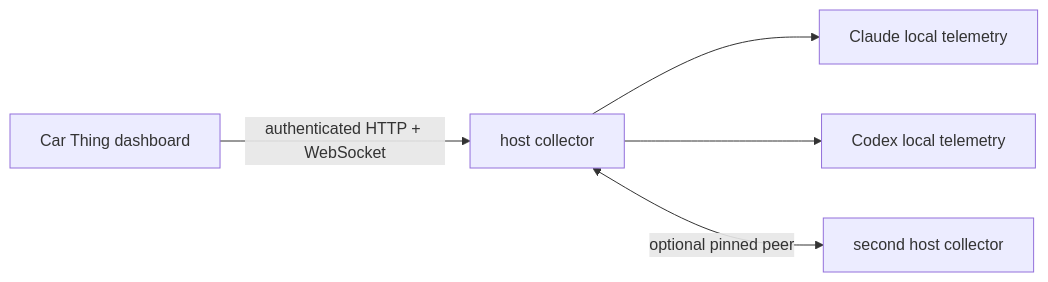
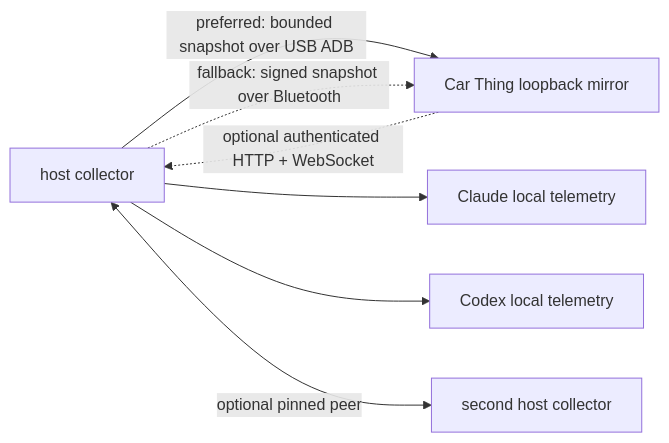
Before and after one commit to petehottelet/ClaudeThing: the diagram in README.md, drawn with Mermaid. The commit also changed other lines of this file and 70 other files, not shown here.

````diff
--- a/README.md
+++ b/README.md
@@ -102,7 +102,9 @@
 ```mermaid
 flowchart LR
-  D["Car Thing dashboard"] -->|"authenticated HTTP + WebSocket"| C["host collector"]
+  C["host collector"] -->|"preferred: bounded snapshot over USB ADB"| D["Car Thing loopback mirror"]
+  C -.->|"fallback: signed snapshot over Bluetooth"| D
+  D -.->|"optional authenticated HTTP + WebSocket"| C
   C --> A["Claude local telemetry"]
   C --> X["Codex local telemetry"]
   C <-->|"optional pinned peer"| P["second host collector"]
 ```
````
